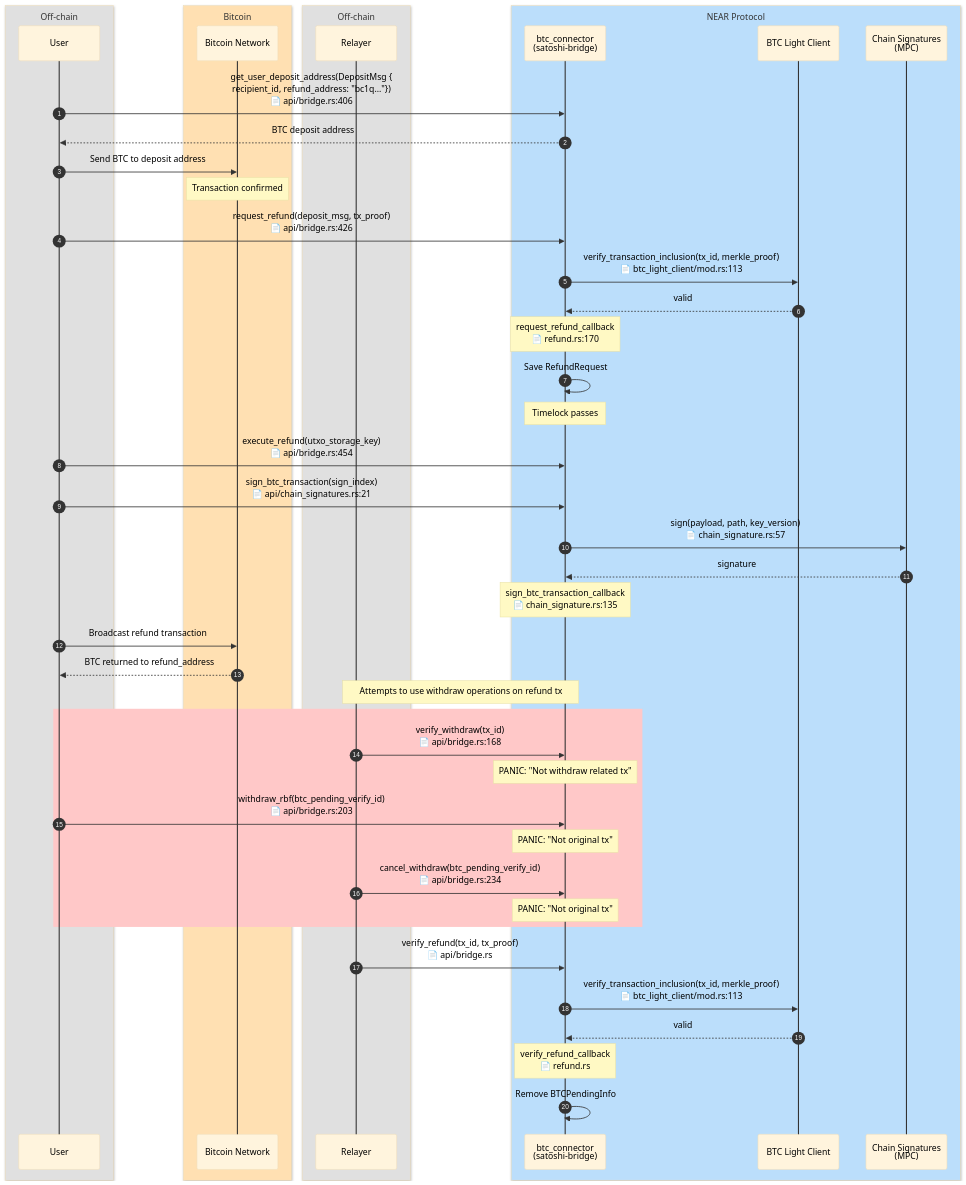
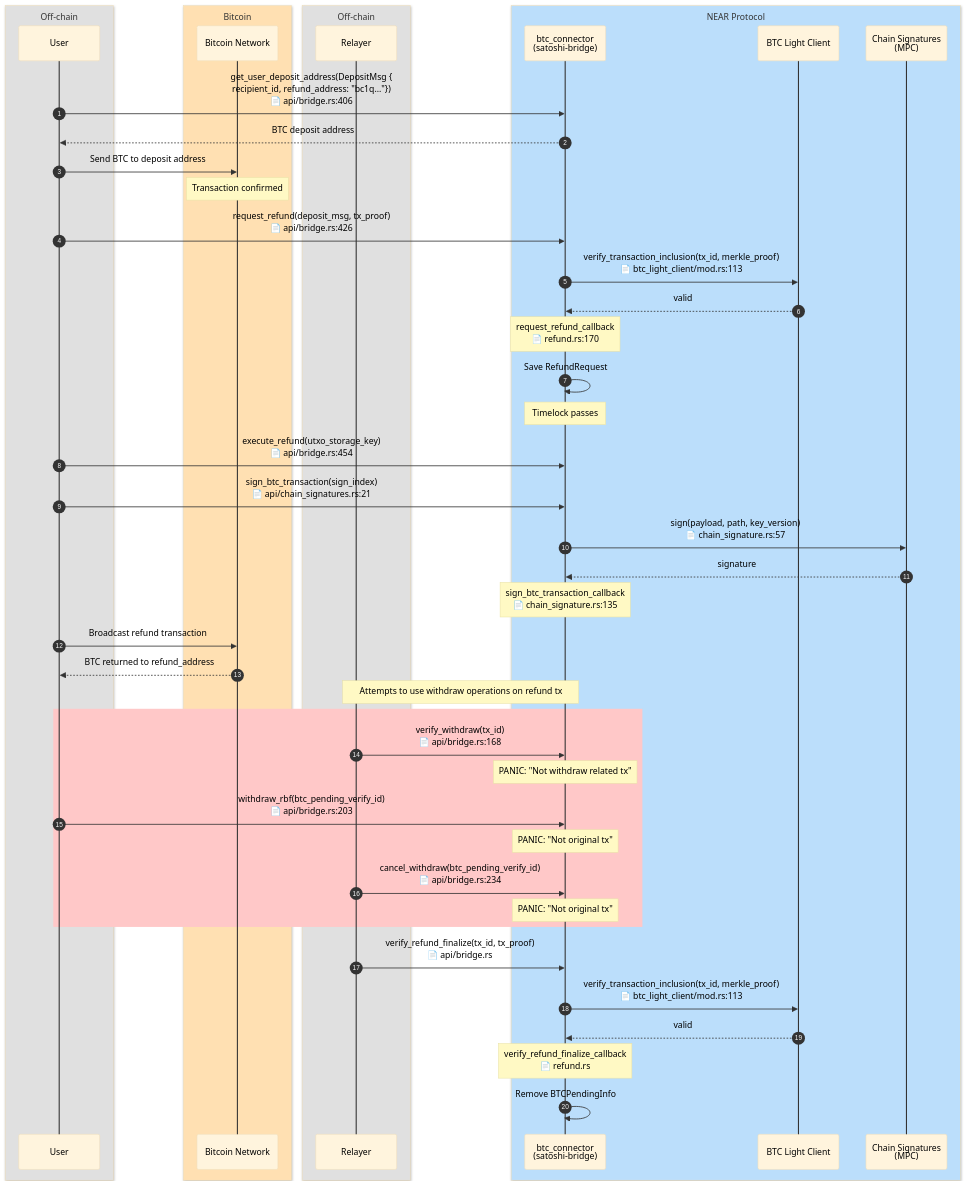
The diagram in doc/refund-no-withdraw-flow.md (Near-One/btc-bridge), drawn with Mermaid before and after one commit. The commit also changed 7 other files, not shown here.

````diff
--- a/doc/refund-no-withdraw-flow.md
+++ b/doc/refund-no-withdraw-flow.md
@@ -25,72 +25,72 @@
 ```mermaid
 %%{init: {'theme': 'base', 'themeVariables': {'actorTextColor': '#000000', 'actorLineColor': '#333333', 'signalColor': '#333333', 'signalTextColor': '#000000', 'noteBkgColor': '#fff9c4', 'noteTextColor': '#000000', 'messageFontSize': '14px'}}}%%
 sequenceDiagram
     autonumber
 
     box rgb(224, 224, 224) Off-chain
         participant U as User
     end
 
     box rgb(255, 224, 178) Bitcoin
         participant BTC as Bitcoin Network
     end
 
     box rgb(224, 224, 224) Off-chain
         participant R as Relayer
     end
 
     box rgb(187, 222, 251) NEAR Protocol
         participant B as btc_connector<br/>(satoshi-bridge)
         participant LC as BTC Light Client
         participant MPC as Chain Signatures<br/>(MPC)
     end
 
     U->>B: get_user_deposit_address(DepositMsg {<br/>recipient_id, refund_address: "bc1q..."})<br/>📄 api/bridge.rs:406
     B-->>U: BTC deposit address
 
     U->>BTC: Send BTC to deposit address
     Note over BTC: Transaction confirmed
 
     U->>B: request_refund(deposit_msg, tx_proof)<br/>📄 api/bridge.rs:426
 
     B->>LC: verify_transaction_inclusion(tx_id, merkle_proof)<br/>📄 btc_light_client/mod.rs:113
     LC-->>B: valid
 
     Note over B: request_refund_callback<br/>📄 refund.rs:170
     B->>B: Save RefundRequest
 
     Note over B: Timelock passes
 
     U->>B: execute_refund(utxo_storage_key)<br/>📄 api/bridge.rs:454
 
     U->>B: sign_btc_transaction(sign_index)<br/>📄 api/chain_signatures.rs:21
 
     B->>MPC: sign(payload, path, key_version)<br/>📄 chain_signature.rs:57
     MPC-->>B: signature
 
     Note over B: sign_btc_transaction_callback<br/>📄 chain_signature.rs:135
 
     U->>BTC: Broadcast refund transaction
     BTC-->>U: BTC returned to refund_address
 
     Note over R,B: Attempts to use withdraw operations on refund tx
 
     rect rgb(255, 200, 200)
         R->>B: verify_withdraw(tx_id)<br/>📄 api/bridge.rs:168
         Note over B: PANIC: "Not withdraw related tx"
 
         U->>B: withdraw_rbf(btc_pending_verify_id)<br/>📄 api/bridge.rs:203
         Note over B: PANIC: "Not original tx"
 
         R->>B: cancel_withdraw(btc_pending_verify_id)<br/>📄 api/bridge.rs:234
         Note over B: PANIC: "Not original tx"
     end
 
-    R->>B: verify_refund(tx_id, tx_proof)<br/>📄 api/bridge.rs
+    R->>B: verify_refund_finalize(tx_id, tx_proof)<br/>📄 api/bridge.rs
 
     B->>LC: verify_transaction_inclusion(tx_id, merkle_proof)<br/>📄 btc_light_client/mod.rs:113
     LC-->>B: valid
 
-    Note over B: verify_refund_callback<br/>📄 refund.rs
+    Note over B: verify_refund_finalize_callback<br/>📄 refund.rs
     B->>B: Remove BTCPendingInfo
 ```
````
